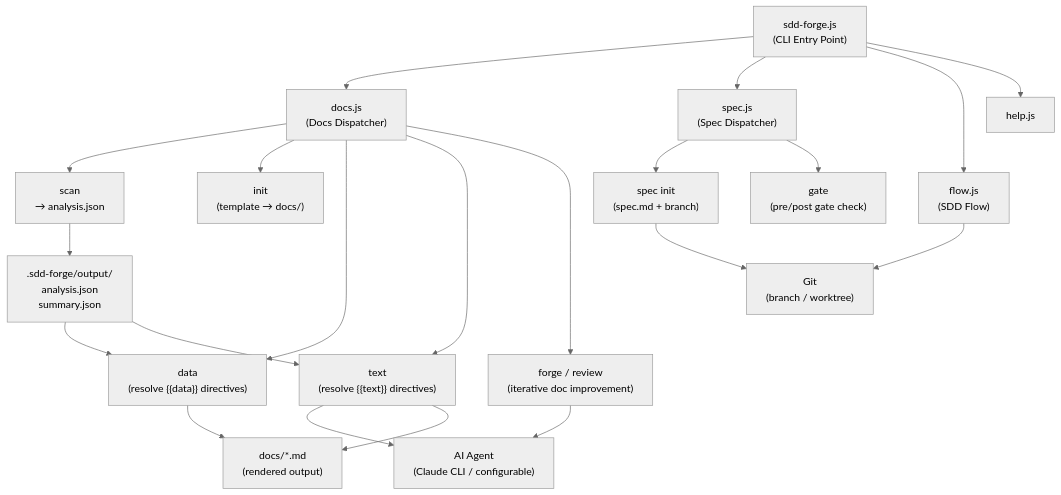
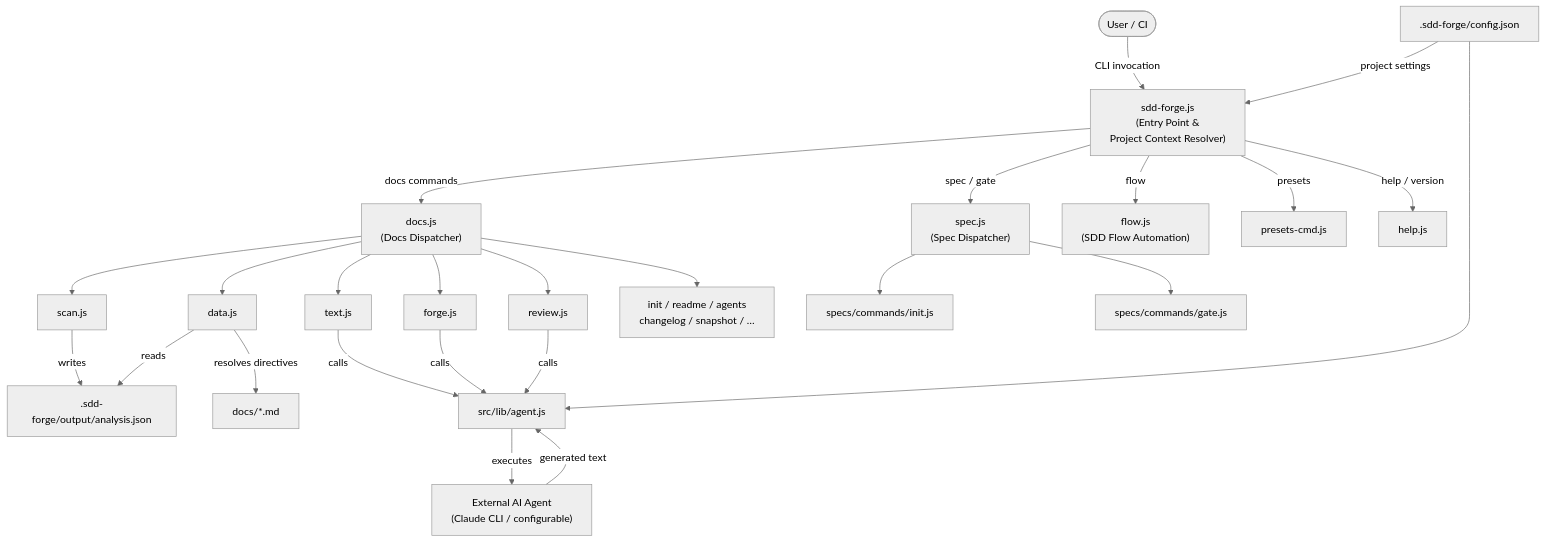
One commit to SpreadWorks/sdd-forge changed the diagram in docs/01_overview.md. Above: the diagram before and after it, drawn with Mermaid (neutral theme). The commit also changed other lines of this file and 8 other files, not shown here.

First line of the commit message:
feat: add light/deep mode to {{text}} directive for enriched analysis context

````diff
--- a/docs/01_overview.md
+++ b/docs/01_overview.md
@@ -17,32 +16,33 @@
 ```mermaid
 flowchart TD
-    CLI["sdd-forge.js\n(CLI Entry Point)"]
+    User([User / CI]) -->|CLI invocation| Entry["sdd-forge.js\n(Entry Point &\nProject Context Resolver)"]
 
-    CLI --> DOCS["docs.js\n(Docs Dispatcher)"]
-    CLI --> SPEC["spec.js\n(Spec Dispatcher)"]
-    CLI --> FLOW["flow.js\n(SDD Flow)"]
-    CLI --> HELP["help.js"]
+    Entry -->|docs commands| DocsDispatcher["docs.js\n(Docs Dispatcher)"]
+    Entry -->|spec / gate| SpecDispatcher["spec.js\n(Spec Dispatcher)"]
+    Entry -->|flow| Flow["flow.js\n(SDD Flow Automation)"]
+    Entry -->|presets| Presets["presets-cmd.js"]
+    Entry -->|help / version| Help["help.js"]
 
-    DOCS --> SCAN["scan\n→ analysis.json"]
-    DOCS --> INIT["init\n(template → docs/)"]
-    DOCS --> DATA["data\n(resolve {{data}} directives)"]
-    DOCS --> TEXT["text\n(resolve {{text}} directives)"]
-    DOCS --> FORGE["forge / review\n(iterative doc improvement)"]
+    DocsDispatcher --> ScanCmd["scan.js"]
+    DocsDispatcher --> DataCmd["data.js"]
+    DocsDispatcher --> TextCmd["text.js"]
+    DocsDispatcher --> ForgeCmd["forge.js"]
+    DocsDispatcher --> ReviewCmd["review.js"]
+    DocsDispatcher --> OtherDocs["init / readme / agents\nchangelog / snapshot / …"]
 
-    SPEC --> SPECINIT["spec init\n(spec.md + branch)"]
-    SPEC --> GATE["gate\n(pre/post gate check)"]
+    SpecDispatcher --> SpecInit["specs/commands/init.js"]
+    SpecDispatcher --> Gate["specs/commands/gate.js"]
 
-    SCAN --> AJ[".sdd-forge/output/\nanalysis.json\nsummary.json"]
-    AJ --> DATA
-    AJ --> TEXT
+    ScanCmd -->|writes| AnalysisJSON[".sdd-forge/output/analysis.json"]
+    DataCmd -->|reads| AnalysisJSON
+    DataCmd -->|resolves directives| DocsFiles["docs/*.md"]
+    TextCmd -->|calls| AgentLib["src/lib/agent.js"]
+    ForgeCmd -->|calls| AgentLib
+    ReviewCmd -->|calls| AgentLib
 
-    TEXT --> AGENT["AI Agent\n(Claude CLI / configurable)"]
-    FORGE --> AGENT
+    AgentLib -->|executes| AIAgent["External AI Agent\n(Claude CLI / configurable)"]
+    AIAgent -->|generated text| AgentLib
 
-    DATA --> DOCS2["docs/*.md\n(rendered output)"]
-    TEXT --> DOCS2
-
-    GIT["Git\n(branch / worktree)"]
-    FLOW --> GIT
-    SPECINIT --> GIT
+    Config[".sdd-forge/config.json"] -->|project settings| Entry
+    Config --> AgentLib
 ```
````
